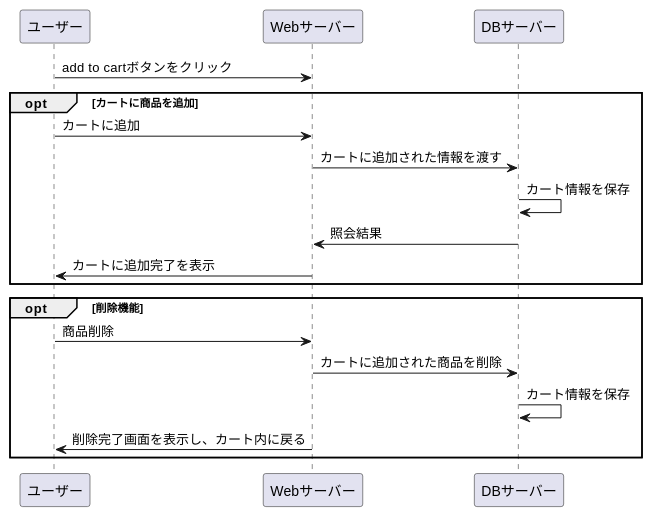
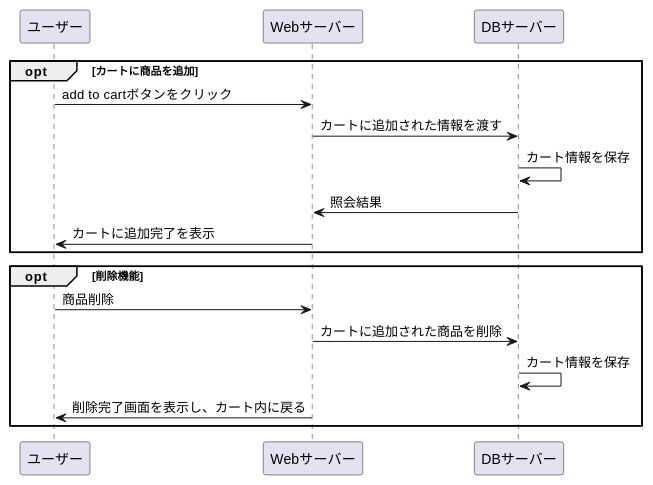
Before and after one commit to Aso2001154/2021sys-design: the diagram in stationary/業務フロー/カート.md, drawn with PlantUML.

````diff
--- a/stationary/業務フロー/カート.md
+++ b/stationary/業務フロー/カート.md
@@ -1,20 +1,19 @@
 ```uml
 @startuml
+opt カートに商品を追加
 ユーザー -> Webサーバー : add to cartボタンをクリック
-opt カートに商品を追加
-ユーザー -> Webサーバー : カートに追加
 Webサーバー -> DBサーバー : カートに追加された情報を渡す
 DBサーバー -> DBサーバー : カート情報を保存
 DBサーバー -> Webサーバー : 照会結果
 Webサーバー -> ユーザー : カートに追加完了を表示
 end
 
 opt 削除機能
 ユーザー -> Webサーバー : 商品削除
 Webサーバー -> DBサーバー : カートに追加された商品を削除
 DBサーバー -> DBサーバー : カート情報を保存
 Webサーバー -> ユーザー : 削除完了画面を表示し、カート内に戻る
 end
 
 @enduml
 ```
````
